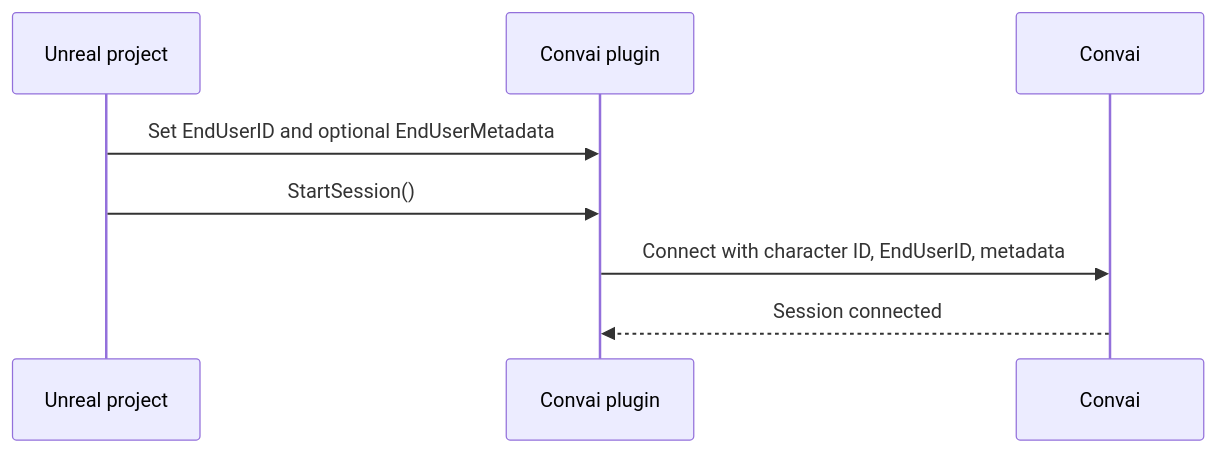
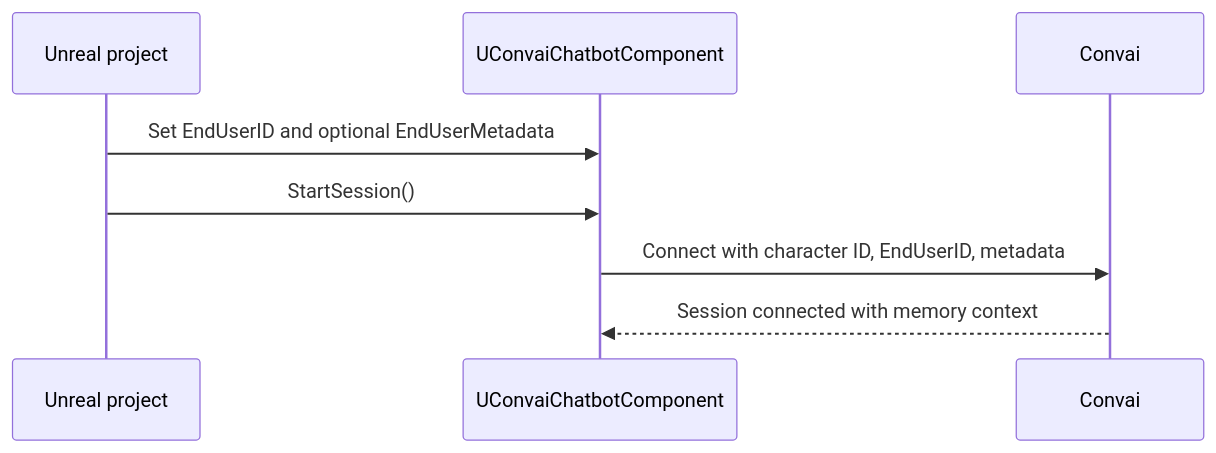
Before and after one commit to Conv-AI/Convai-Documentation: the diagram in plugins-and-integrations/convai-unreal-engine-plugin/features/long-term-memory/how-long-term-memory-works.md, drawn with Mermaid. The commit also changed other lines of this file and 8 other files, not shown here.

````diff
--- a/plugins-and-integrations/convai-unreal-engine-plugin/features/long-term-memory/how-long-term-memory-works.md
+++ b/plugins-and-integrations/convai-unreal-engine-plugin/features/long-term-memory/how-long-term-memory-works.md
@@ -57,11 +31,11 @@
 ```mermaid
 sequenceDiagram
     participant Game as Unreal project
-    participant Plugin as Convai plugin
+    participant Chatbot as UConvaiChatbotComponent
     participant Convai as Convai
 
-    Game->>Plugin: Set EndUserID and optional EndUserMetadata
-    Game->>Plugin: StartSession()
-    Plugin->>Convai: Connect with character ID, EndUserID, metadata
-    Convai-->>Plugin: Session connected
+    Game->>Chatbot: Set EndUserID and optional EndUserMetadata
+    Game->>Chatbot: StartSession()
+    Chatbot->>Convai: Connect with character ID, EndUserID, metadata
+    Convai-->>Chatbot: Session connected with memory context
 ```
````
